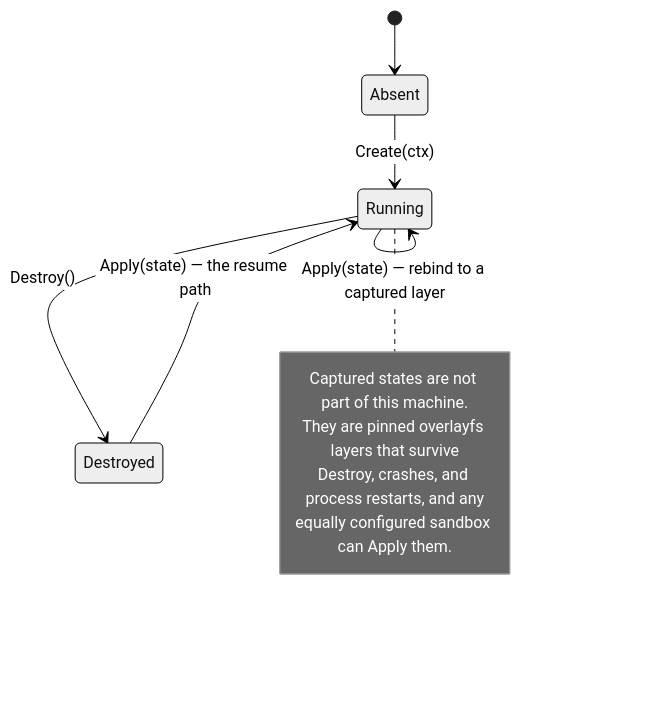
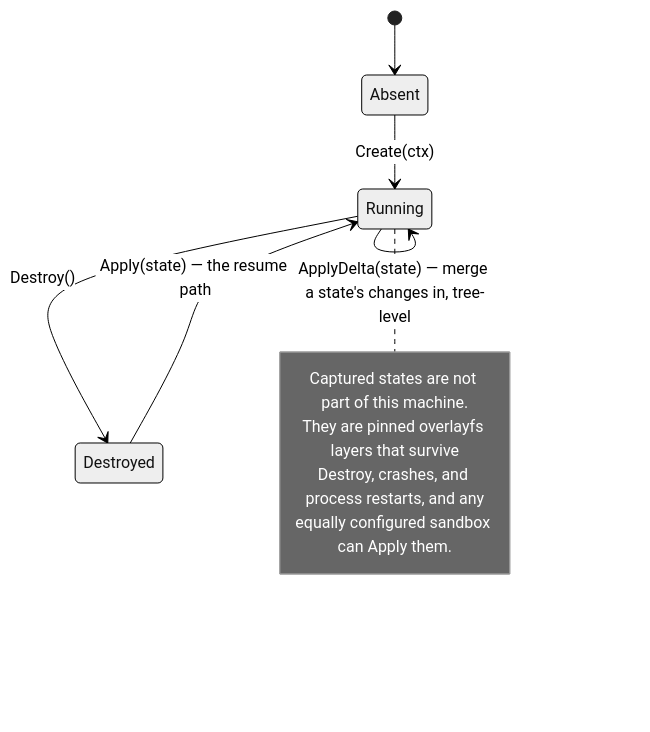
One commit to buchenberg/croft changed the second of 5 diagrams in docs/overview.md. Above: the diagram before and after it, drawn with Mermaid (neutral theme). The commit also changed other lines of this file and 6 other files, not shown here.

````diff
--- a/docs/overview.md
+++ b/docs/overview.md
@@ -66,18 +66,19 @@
 ```mermaid
 stateDiagram-v2
     [*] --> Absent
 
     Absent --> Running: Create(ctx)
     Running --> Running: Exec / ReadFile / WriteFile
     Running --> Running: Capture() — commit, pin, continue on a fresh layer
     Running --> Running: Apply(state) — rebind to a captured layer
+    Running --> Running: ApplyDelta(state) — merge a state's changes in, tree-level
     Running --> Destroyed: Destroy()
     Destroyed --> Running: Apply(state) — the resume path
 
     note right of Running
         Captured states are not part of this machine.
         They are pinned overlayfs layers that survive
         Destroy, crashes, and process restarts, and any
         equally configured sandbox can Apply them.
     end note
 ```
````
